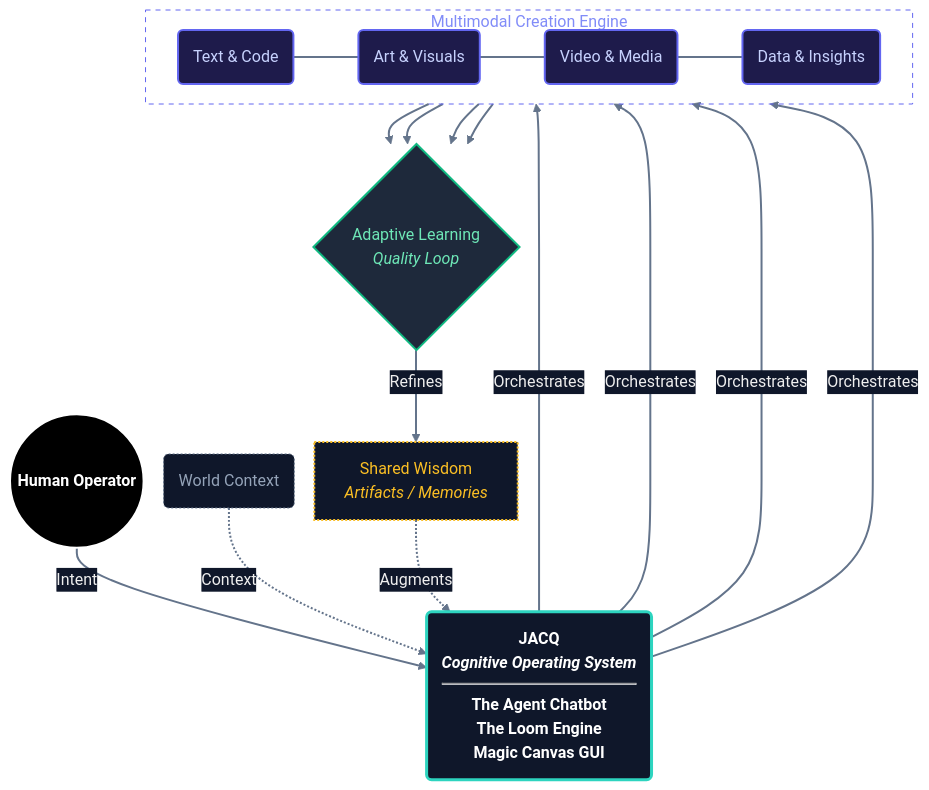
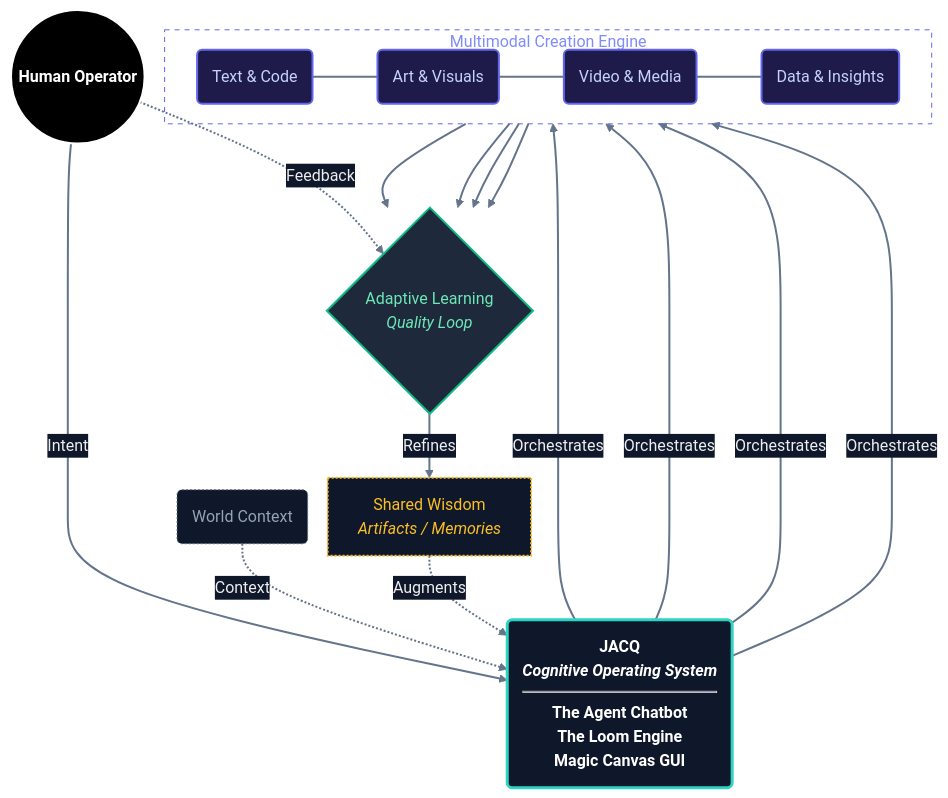
One commit to shifujosh/shifujosh changed the diagram in assets/portfolio_ecosystem.mmd. Above: the diagram before and after it, drawn with Mermaid. The commit also changed 2 other files, not shown here.

Commit message:
style: update portfolio diagram (round 13 - human-in-the-loop) & bust cache

```diff
--- a/assets/portfolio_ecosystem.mmd
+++ b/assets/portfolio_ecosystem.mmd
@@ -1,61 +1,64 @@
 %%{init: {'theme': 'base', 'themeVariables': { 'darkMode': true, 'background': 'transparent', 'primaryColor': '#1e293b', 'edgeLabelBackground':'#0f172a', 'fontSize': '16px', 'fontFamily': 'Inter, system-ui, -apple-system, BlinkMacSystemFont, Segoe UI, Roboto, Helvetica Neue, Arial, sans-serif' }, 'flowchart': { 'rankSpacing': 40, 'nodeSpacing': 20, 'curve': 'basis' } }}%%
 graph TD
     %% Styling - Minimalist Dark Mode with Frontier Accents
     %% Hub: Central OS
     classDef hub fill:#0f172a,stroke:#2dd4bf,stroke-width:3px,color:#fff,font-weight:bold;
     %% Shared: Wisdom/Memory
     classDef wisdom fill:#0f172a,stroke:#fbbf24,stroke-width:2px,color:#fbbf24,stroke-dasharray: 2 2;
     %% Actor: User
     classDef actor fill:#000000,stroke:#fff,stroke-width:2px,color:#fff,font-weight:bold;
     %% Input: Context
     classDef input fill:#0f172a,stroke:#64748b,stroke-width:1px,color:#94a3b8,stroke-dasharray: 2 2;
     %% Frontier: Multimodal outputs
     classDef frontier fill:#1e1b4b,stroke:#6366f1,stroke-width:2px,color:#c7d2fe;
     %% Learning Loop
     classDef loop fill:#1e293b,stroke:#10b981,stroke-width:2px,color:#6ee7b7;
 
     %% 1. Inputs - Top Level
     User((Human Operator)):::actor
     World(World Context):::input
 
     %% 2. The Core
     JACQ(<b>JACQ</b><br/><i>Cognitive Operating System</i><hr/>The Agent <b>Chatbot</b><br/>The Loom <b>Engine</b><br/>Magic Canvas <b>GUI</b>):::hub
 
     %% 3. Multimodal Output Engine (Simplified)
     subgraph Outputs [Multimodal Creation Engine]
         direction LR
         style Outputs fill:none,stroke:#6366f1,stroke-width:1px,stroke-dasharray: 5 5,color:#818cf8
         Text(Text & Code):::frontier
         Visuals(Art & Visuals):::frontier
         Media(Video & Media):::frontier
         Data(Data & Insights):::frontier
     end
     
     %% 4. The Virtuous Cycle
     Learning{Adaptive Learning<br/><i>Quality Loop</i>}:::loop
     Wisdom[Shared Wisdom<br/><i>Artifacts / Memories</i>]:::wisdom
 
     %% Connection Logic - Vertical Flow
     User ==>|Intent| JACQ
     World -.->|Context| JACQ
     
     %% JACQ Direct to Outputs (Skipping Infra)
     JACQ ==>|Orchestrates| Text
     JACQ ==>|Orchestrates| Visuals
     JACQ ==>|Orchestrates| Media
     JACQ ==>|Orchestrates| Data
     
     %% Force Output Alignment
     Text ~~~ Visuals ~~~ Media ~~~ Data
     
     %% The Adaptive Loop
     Text --> Learning
     Visuals --> Learning
     Media --> Learning
     Data --> Learning
     
+    %% Human in the Loop
+    User -.->|Feedback| Learning
+    
     Learning ==>|Refines| Wisdom
     Wisdom -.->|Augments| JACQ
 
     %% Layout - Explicit Link Styling
     linkStyle default stroke-width:2px,fill:none,stroke:#64748b
```
